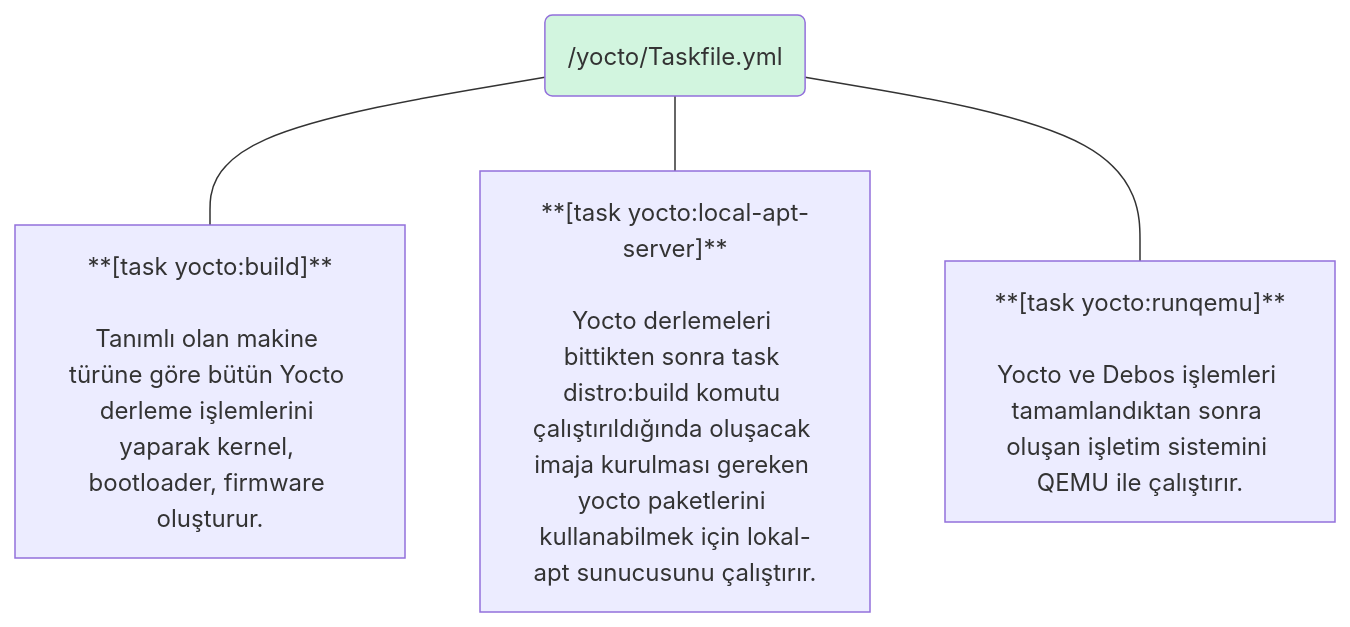
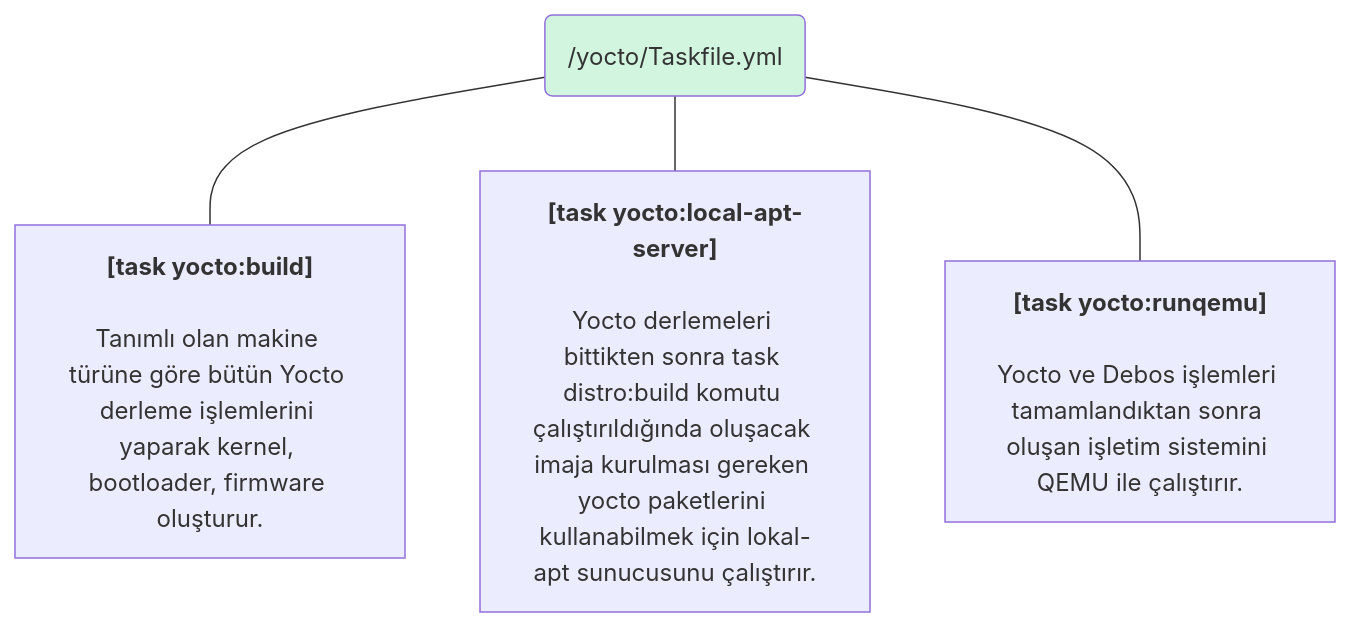
The third of 4 diagrams in tr/sdk/components.mdx (t3gemstone/docs), drawn with Mermaid before and after one commit. The commit also changed other lines of this file and 176 other files, not shown here.

````diff
--- a/tr/sdk/components.mdx
+++ b/tr/sdk/components.mdx
@@ -173,9 +173,9 @@
 ```mermaid
 flowchart
 	n1["/yocto/Taskfile.yml"]
 	style n1 fill:#D2F5DF
-	n1 --- n5["**[task yocto:build]**<br><br>Tanımlı olan makine türüne göre bütün Yocto derleme işlemlerini yaparak kernel, bootloader, firmware oluşturur."]
-	n1 --- n6["**[task yocto:local-apt-server]**<br><br>Yocto derlemeleri bittikten sonra task distro:build komutu çalıştırıldığında oluşacak imaja kurulması gereken yocto paketlerini kullanabilmek için lokal-apt sunucusunu çalıştırır."]
-	n1 --- n7["**[task yocto:runqemu]**<br><br>Yocto ve Debos işlemleri tamamlandıktan sonra oluşan işletim sistemini QEMU ile çalıştırır."]
+	n1 --- n5@{ label: "**[task yocto:build]**<br><br>Tanımlı olan makine türüne göre bütün Yocto derleme işlemlerini yaparak kernel, bootloader, firmware oluşturur." }
+	n1 --- n6@{ label: "**[task yocto:local-apt-server]**<br><br>Yocto derlemeleri bittikten sonra task distro:build komutu çalıştırıldığında oluşacak imaja kurulması gereken yocto paketlerini kullanabilmek için lokal-apt sunucusunu çalıştırır." }
+	n1 --- n7@{ label: "**[task yocto:runqemu]**<br><br>Yocto ve Debos işlemleri tamamlandıktan sonra oluşan işletim sistemini QEMU ile çalıştırır." }
 	n1@{ shape: "rounded", label: "/yocto/Taskfile.yml" }
 ```
````
